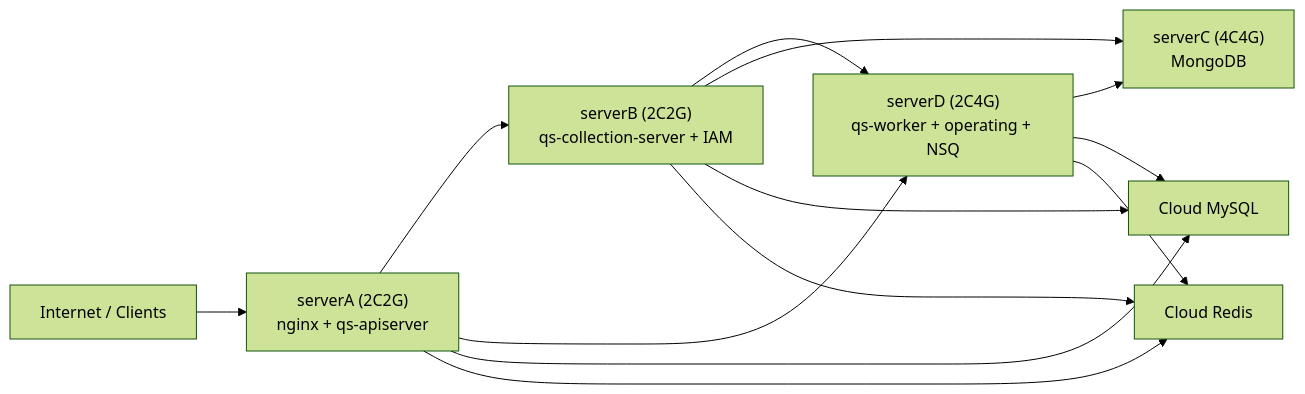
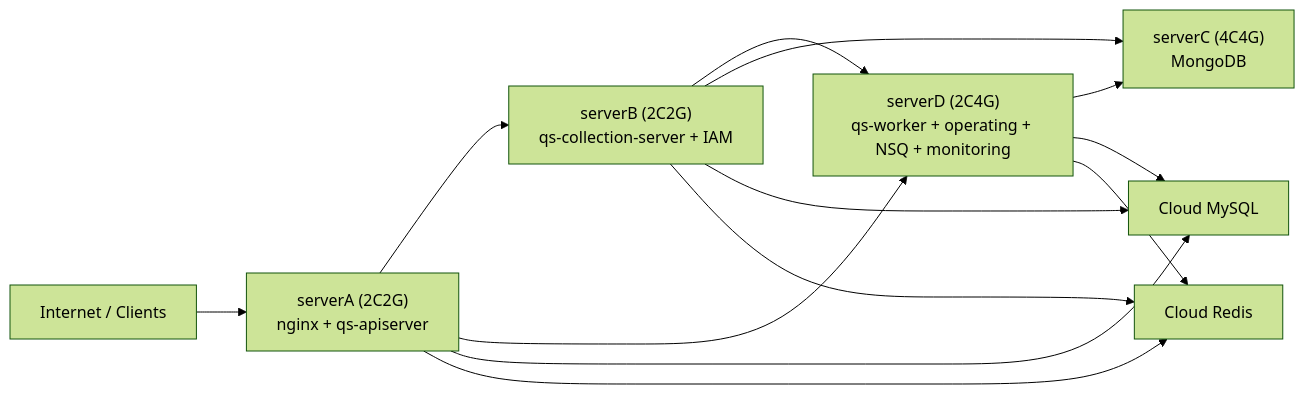
Before and after one commit to FangcunMount/infra: the diagram in README.md, drawn with Mermaid (forest theme). The commit also changed other lines of this file and 12 other files, not shown here.

````diff
--- a/README.md
+++ b/README.md
@@ -56,15 +56,15 @@
 ```mermaid
 flowchart LR
     internet["Internet / Clients"] --> serverA["serverA (2C2G)\nnginx + qs-apiserver"]
     serverA --> serverB["serverB (2C2G)\nqs-collection-server + IAM"]
-    serverA --> serverD["serverD (2C4G)\nqs-worker + operating + NSQ"]
+    serverA --> serverD["serverD (2C4G)\nqs-worker + operating + NSQ + monitoring"]
     serverB --> serverD
     serverB --> serverC["serverC (4C4G)\nMongoDB"]
     serverD --> serverC
     serverA --> mysql["Cloud MySQL"]
     serverB --> mysql
     serverD --> mysql
     serverA --> redis["Cloud Redis"]
     serverB --> redis
     serverD --> redis
 ```
````
